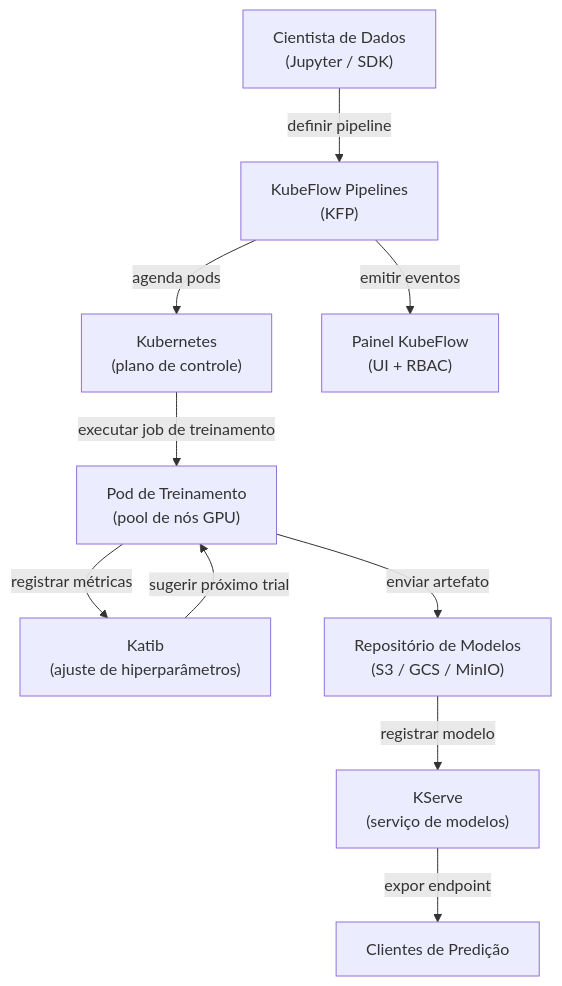
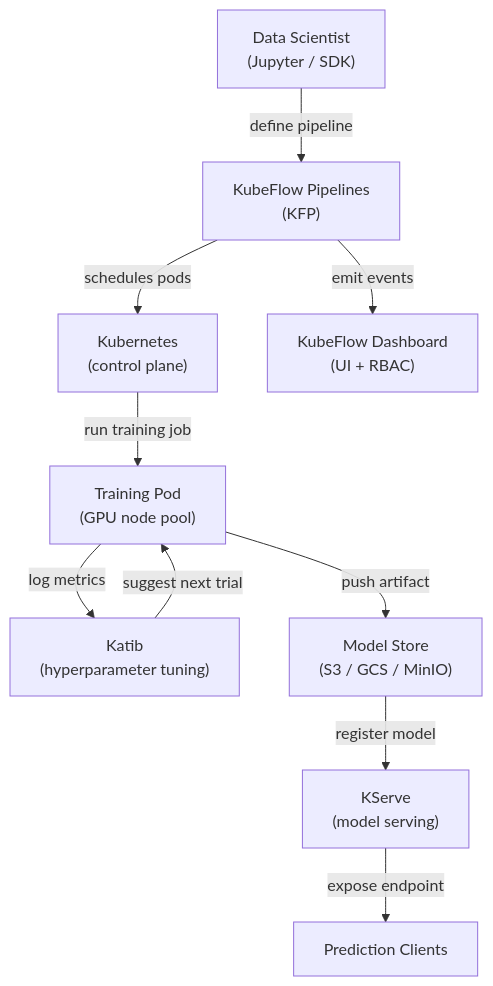
Before and after one commit to EmersonBraun/ai-summary-hub: the diagram in i18n/pt-BR/docusaurus-plugin-content-docs/current/mlops/deployment/kubeflow.md, drawn with Mermaid. The commit also changed other lines of this file and 242 other files, not shown here.

````diff
--- a/i18n/pt-BR/docusaurus-plugin-content-docs/current/mlops/deployment/kubeflow.md
+++ b/i18n/pt-BR/docusaurus-plugin-content-docs/current/mlops/deployment/kubeflow.md
@@ -21,12 +21,12 @@
 ```mermaid
 flowchart TB
-  Developer["Cientista de Dados\n(Jupyter / SDK)"] -->|"definir pipeline"| KFP["KubeFlow Pipelines\n(KFP)"]
-  KFP -->|"agenda pods"| K8s["Kubernetes\n(plano de controle)"]
-  K8s -->|"executar job de treinamento"| TrainPod["Pod de Treinamento\n(pool de nós GPU)"]
-  TrainPod -->|"registrar métricas"| Katib["Katib\n(ajuste de hiperparâmetros)"]
-  Katib -->|"sugerir próximo trial"| TrainPod
-  TrainPod -->|"enviar artefato"| Storage["Repositório de Modelos\n(S3 / GCS / MinIO)"]
-  Storage -->|"registrar modelo"| KFServe["KServe\n(serviço de modelos)"]
-  KFServe -->|"expor endpoint"| Client["Clientes de Predição"]
-  KFP -->|"emitir eventos"| Dashboard["Painel KubeFlow\n(UI + RBAC)"]
+  Developer["Data Scientist\n(Jupyter / SDK)"] -->|"define pipeline"| KFP["KubeFlow Pipelines\n(KFP)"]
+  KFP -->|"schedules pods"| K8s["Kubernetes\n(control plane)"]
+  K8s -->|"run training job"| TrainPod["Training Pod\n(GPU node pool)"]
+  TrainPod -->|"log metrics"| Katib["Katib\n(hyperparameter tuning)"]
+  Katib -->|"suggest next trial"| TrainPod
+  TrainPod -->|"push artifact"| Storage["Model Store\n(S3 / GCS / MinIO)"]
+  Storage -->|"register model"| KFServe["KServe\n(model serving)"]
+  KFServe -->|"expose endpoint"| Client["Prediction Clients"]
+  KFP -->|"emit events"| Dashboard["KubeFlow Dashboard\n(UI + RBAC)"]
 ```
````
